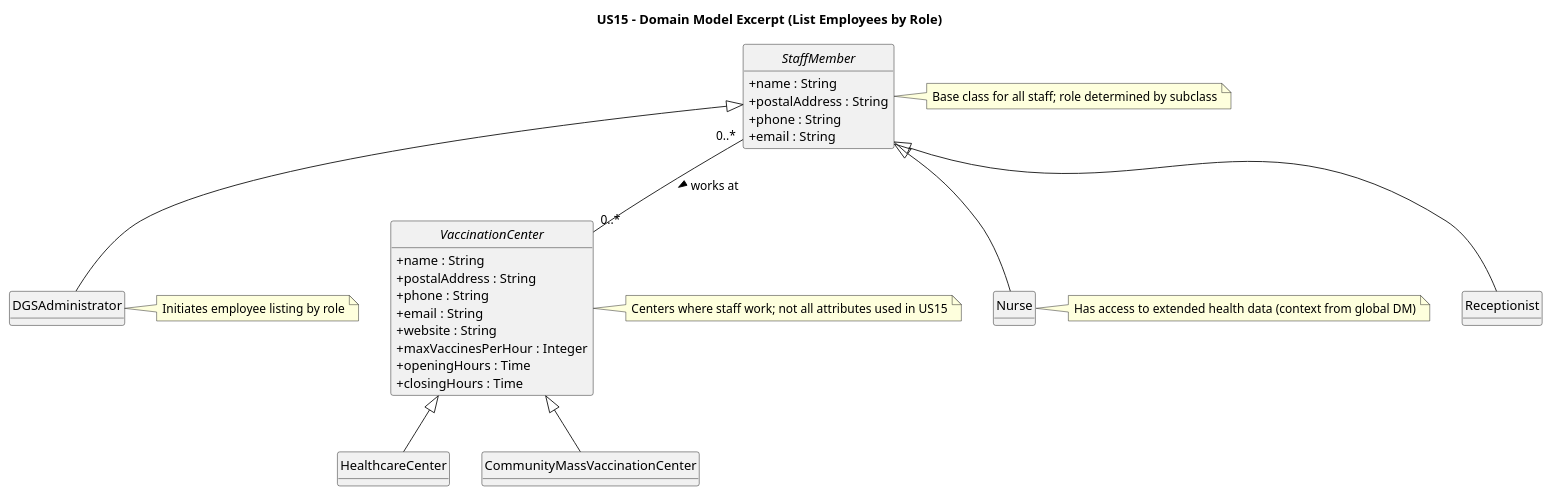
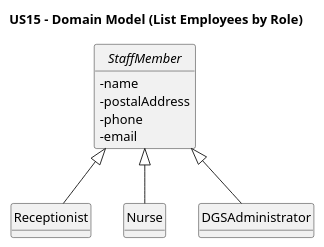
Before and after one commit to luluisfcm/leti-esoft-25-26-B5: the diagram in docs/system-documentation/US15/puml/US15-DM.puml, drawn with PlantUML. The commit also changed 9 other files, not shown here.

```diff
--- a/docs/system-documentation/US15/puml/US15-DM.puml
+++ b/docs/system-documentation/US15/puml/US15-DM.puml
@@ -1,45 +1,20 @@
 @startuml
-'h https://plantuml.com/class-diagram
+'https://plantuml.com/class-diagram
 hide circle
+skinparam classAttributeIconSize 0
 hide methods
-skinparam classAttributeIconSize 0
 
-title US15 – Domain Model Excerpt (List Employees by Role)
+title US15 - Domain Model (List Employees by Role)
 
-' ===== Staff (Roles modeled by subclassing) =====
 abstract StaffMember {
-  + name : String
-  + postalAddress : String
-  + phone : String
-  + email : String
+    -name
+    -postalAddress
+    -phone
+    -email
 }
+
 class Receptionist extends StaffMember
 class Nurse extends StaffMember
 class DGSAdministrator extends StaffMember
 
-note right of StaffMember : Base class for all staff; role determined by subclass
-note right of DGSAdministrator : Initiates employee listing by role
-
-' ===== Vaccination Centers (same style as global DM) =====
-abstract VaccinationCenter {
-  + name : String
-  + postalAddress : String
-  + phone : String
-  + email : String
-  + website : String
-  + maxVaccinesPerHour : Integer
-  + openingHours : Time
-  + closingHours : Time
-}
-class HealthcareCenter extends VaccinationCenter
-class CommunityMassVaccinationCenter extends VaccinationCenter
-
-note right of VaccinationCenter : Centers where staff work; not all attributes used in US15
-
-' ===== Associations (direction indicated with trailing > in label text) =====
-StaffMember "0..*" -- "0..*" VaccinationCenter : works at >
-
-' Optional clarification note
-note right of Nurse : Has access to extended health data (context from global DM)
-
 @enduml
```
